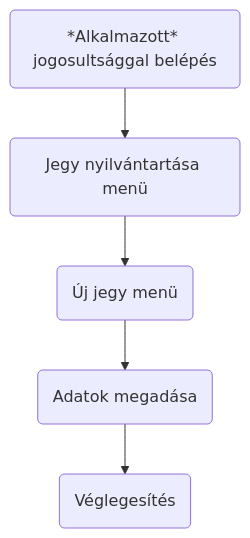
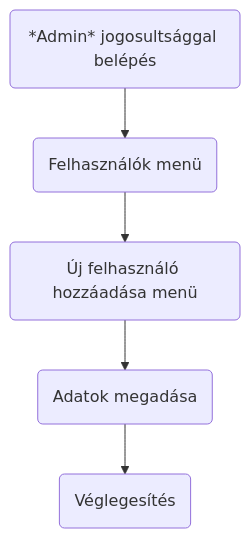
The sixth of 9 diagrams in docs/KövSpec.md (AfpCsoportFives/Afp2Projekt), drawn with Mermaid before and after one commit. The commit also changed other lines of this file, not shown here.

````diff
--- a/docs/KövSpec.md
+++ b/docs/KövSpec.md
@@ -130,12 +173,12 @@
 ```mermaid
 flowchart TD;
-A("*Alkalmazott* jogosultsággal belépés");
-B("Jegy nyilvántartása menü");
-C("Új jegy menü");
+A("*Admin* jogosultsággal belépés");
+B("Felhasználók menü");
+C("Új felhasználó hozzáadása menü");
 D("Adatok megadása");
 E("Véglegesítés");
 A-->B;
 B-->C;
 C-->D;
 D-->E;
 ```
````
